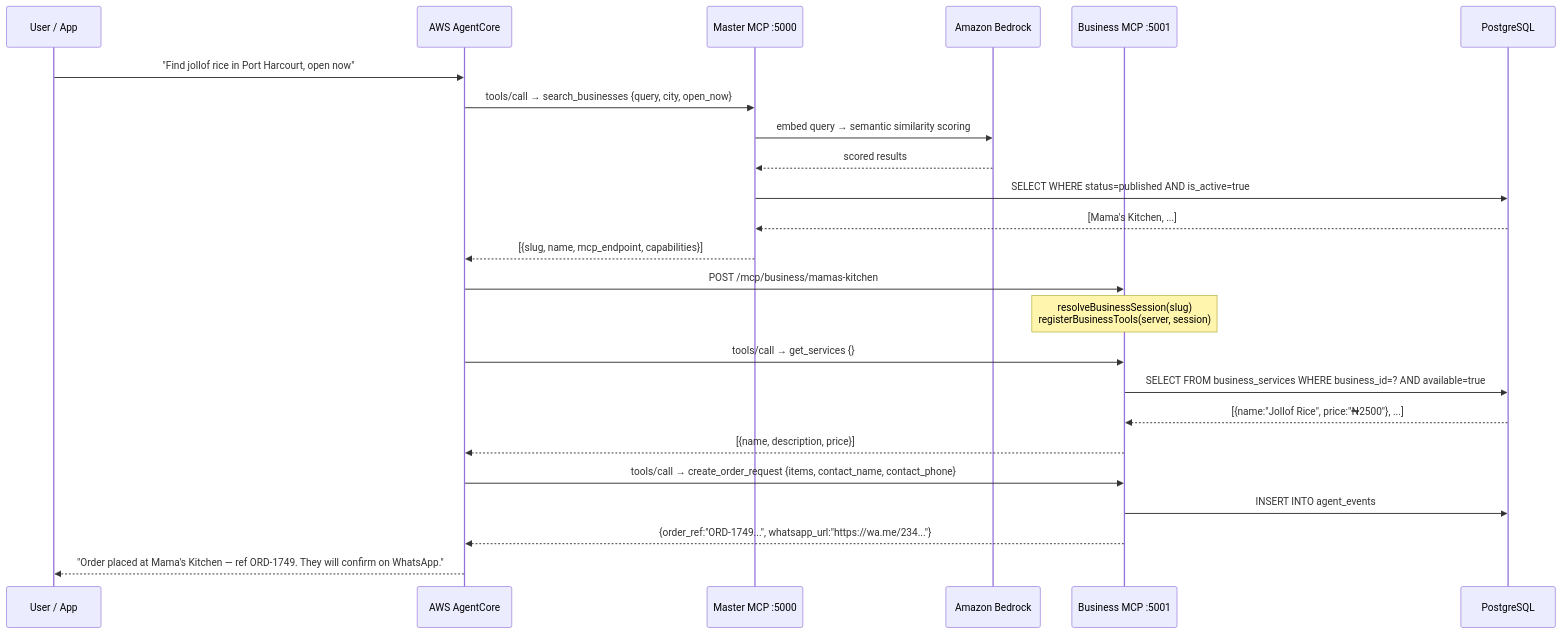
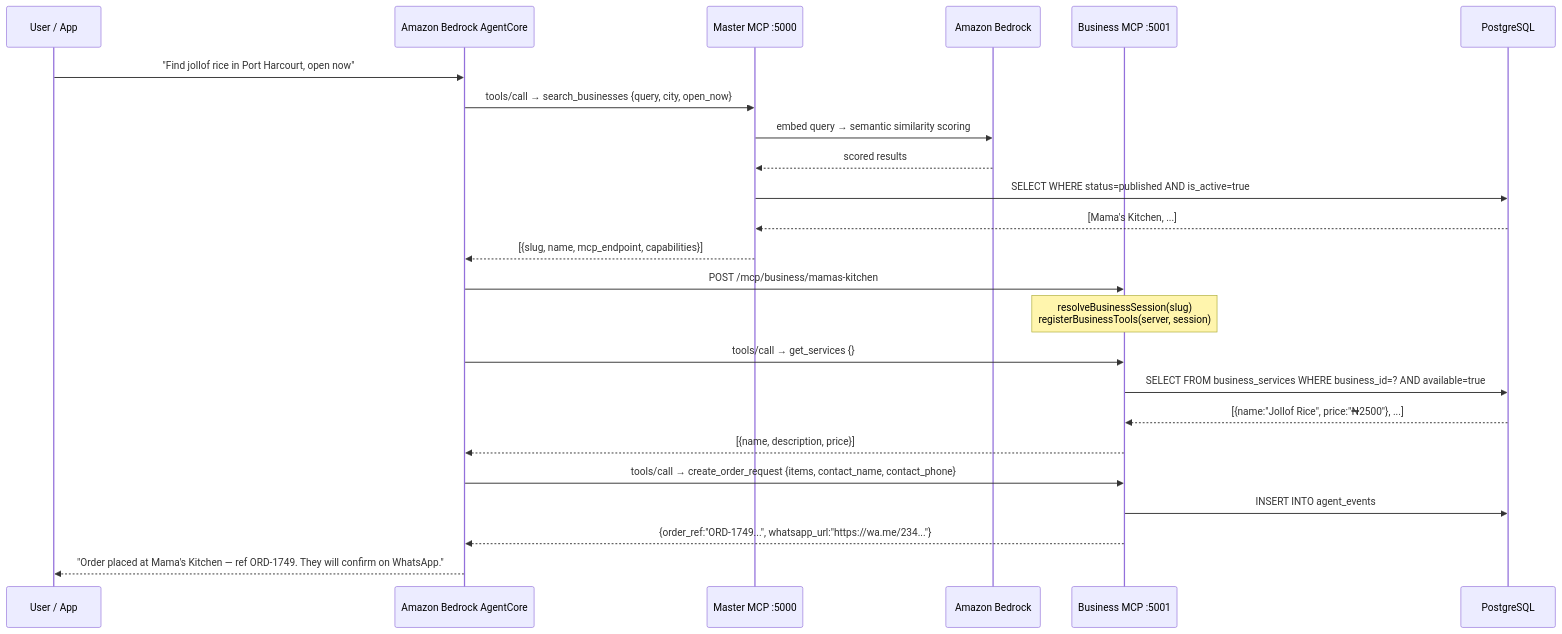
One commit to De-real-iManuel/Kiosk-mcp changed the second of 6 diagrams in README.md. Above: the diagram before and after it, drawn with Mermaid. The commit also changed other lines of this file and 1 other file, not shown here.

First line of the commit message:
docs: fact-check AWS integrations against Oct 2026 reality

````diff
--- a/README.md
+++ b/README.md
@@ -147,29 +147,29 @@
 ```mermaid
 sequenceDiagram
     participant U as User / App
-    participant AC as AWS AgentCore
+    participant AC as Amazon Bedrock AgentCore
     participant M as Master MCP :5000
     participant BR as Amazon Bedrock
     participant B as Business MCP :5001
     participant DB as PostgreSQL
 
     U->>AC: "Find jollof rice in Port Harcourt, open now"
     AC->>M: tools/call → search_businesses {query, city, open_now}
     M->>BR: embed query → semantic similarity scoring
     BR-->>M: scored results
     M->>DB: SELECT WHERE status=published AND is_active=true
     DB-->>M: [Mama's Kitchen, ...]
     M-->>AC: [{slug, name, mcp_endpoint, capabilities}]
 
     AC->>B: POST /mcp/business/mamas-kitchen
     Note over B: resolveBusinessSession(slug)<br/>registerBusinessTools(server, session)
     AC->>B: tools/call → get_services {}
     B->>DB: SELECT FROM business_services WHERE business_id=? AND available=true
     DB-->>B: [{name:"Jollof Rice", price:"₦2500"}, ...]
     B-->>AC: [{name, description, price}]
 
     AC->>B: tools/call → create_order_request {items, contact_name, contact_phone}
     B->>DB: INSERT INTO agent_events
     B-->>AC: {order_ref:"ORD-1749...", whatsapp_url:"https://wa.me/234..."}
     AC-->>U: "Order placed at Mama's Kitchen — ref ORD-1749. They will confirm on WhatsApp."
 ```
````
